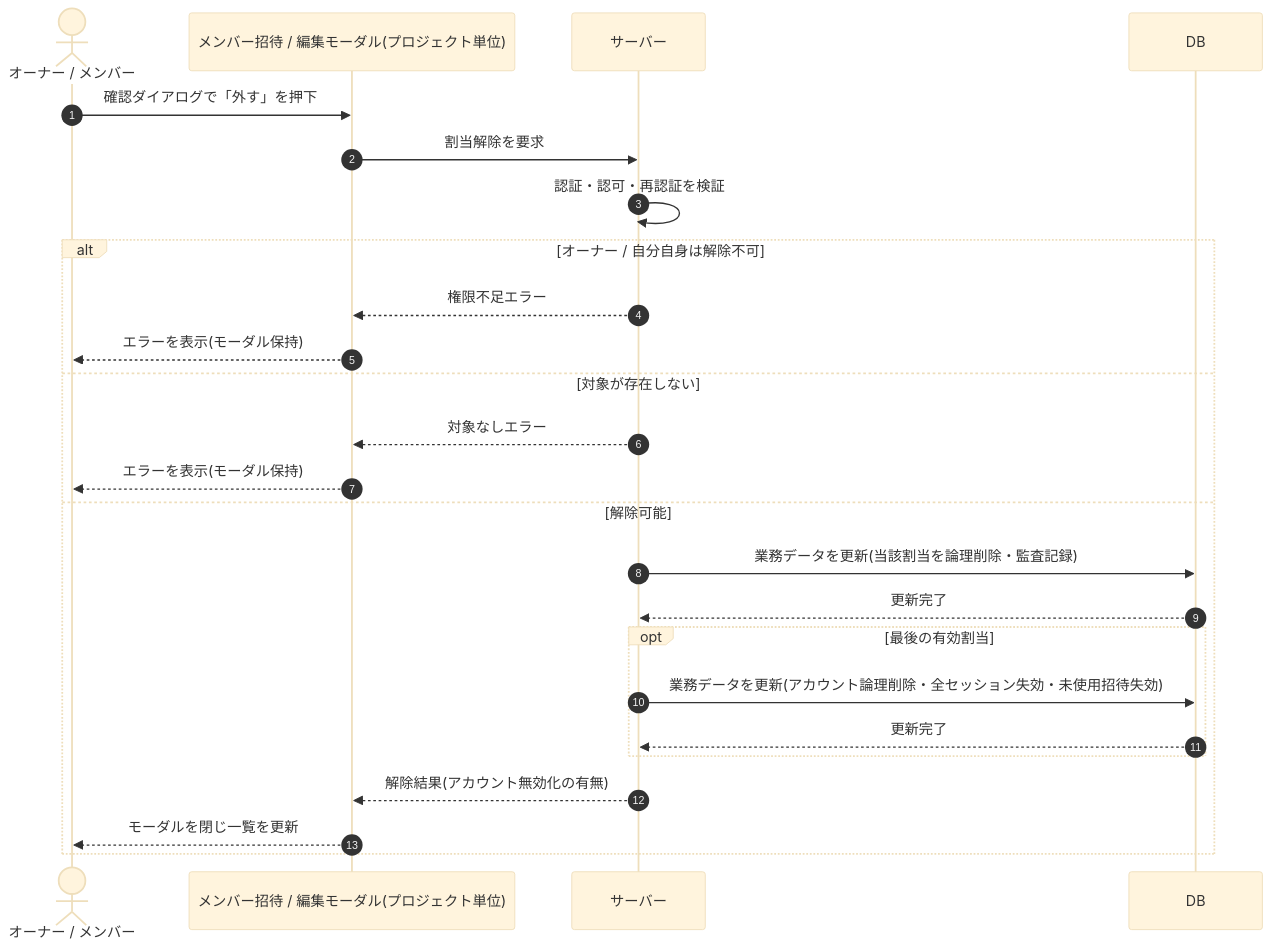
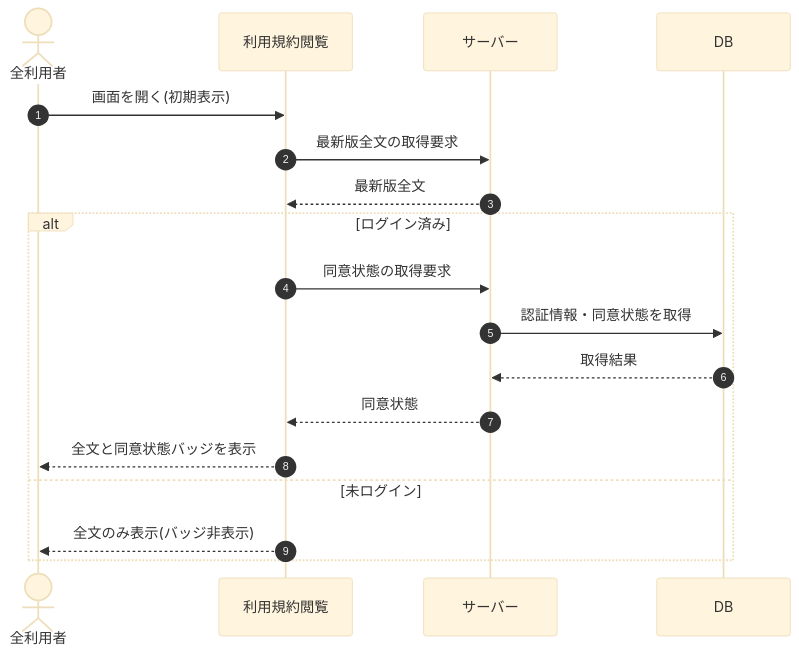
The diagram in 02_basic_design/03_sequences/SEQ-051.md (sikakou54/open-faq), drawn with Mermaid (base theme) before and after one commit. The commit also changed other lines of this file and 395 other files, not shown here.

````diff
--- a/02_basic_design/03_sequences/SEQ-051.md
+++ b/02_basic_design/03_sequences/SEQ-051.md
@@ -25,27 +25,20 @@
 ```mermaid
 sequenceDiagram
   autonumber
-  actor U as オーナー / メンバー
-  participant Screen as メンバー招待 / 編集モーダル(プロジェクト単位)
+  actor U as 全利用者
+  participant Screen as 利用規約閲覧
   participant Server as サーバー
   participant DB as DB
-  U->>Screen: 確認ダイアログで「外す」を押下
-  Screen->>Server: 割当解除を要求
-  Server->>Server: 認証・認可・再認証を検証
-  alt オーナー / 自分自身は解除不可
-    Server-->>Screen: 権限不足エラー
-    Screen-->>U: エラーを表示(モーダル保持)
-  else 対象が存在しない
-    Server-->>Screen: 対象なしエラー
-    Screen-->>U: エラーを表示(モーダル保持)
-  else 解除可能
-    Server->>DB: 業務データを更新(当該割当を論理削除・監査記録)
-    DB-->>Server: 更新完了
-    opt 最後の有効割当
-      Server->>DB: 業務データを更新(アカウント論理削除・全セッション失効・未使用招待失効)
-      DB-->>Server: 更新完了
-    end
-    Server-->>Screen: 解除結果(アカウント無効化の有無)
-    Screen-->>U: モーダルを閉じ一覧を更新
+  U->>Screen: 画面を開く(初期表示)
+  Screen->>Server: 最新版全文の取得要求
+  Server-->>Screen: 最新版全文
+  alt ログイン済み
+    Screen->>Server: 同意状態の取得要求
+    Server->>DB: 認証情報・同意状態を取得
+    DB-->>Server: 取得結果
+    Server-->>Screen: 同意状態
+    Screen-->>U: 全文と同意状態バッジを表示
+  else 未ログイン
+    Screen-->>U: 全文のみ表示(バッジ非表示)
   end
 ```
````
